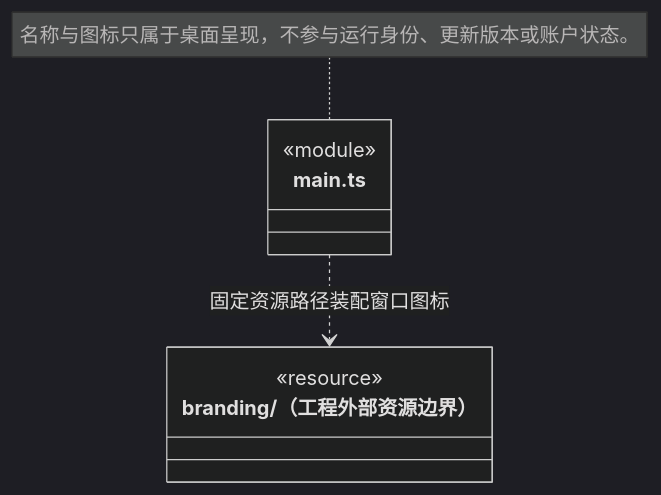
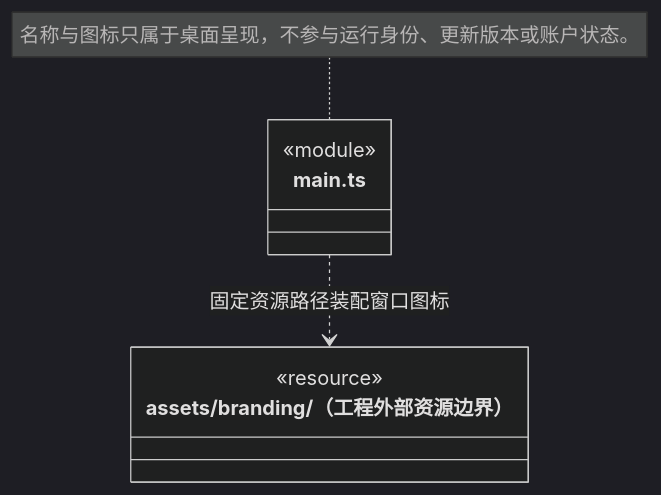
Before and after one commit to nan023062/cbim: the second of 3 diagrams in src/logic/application/ARCHITECTURE.md, drawn with Mermaid (dark theme). The commit also changed other lines of this file and 25 other files, not shown here.

Commit message:
refactor(brand): move shared resources to assets/branding (#91)

````diff
--- a/src/logic/application/ARCHITECTURE.md
+++ b/src/logic/application/ARCHITECTURE.md
@@ -76,7 +76,7 @@
 ```mermaid
 classDiagram
 class main_brand["main.ts"] { <<module>> }
-class brand_assets["branding/（工程外部资源边界）"] { <<resource>> }
+class brand_assets["assets/branding/（工程外部资源边界）"] { <<resource>> }
 main_brand ..> brand_assets : 固定资源路径装配窗口图标
 note for main_brand "名称与图标只属于桌面呈现，不参与运行身份、更新版本或账户状态。"
 ```
````
